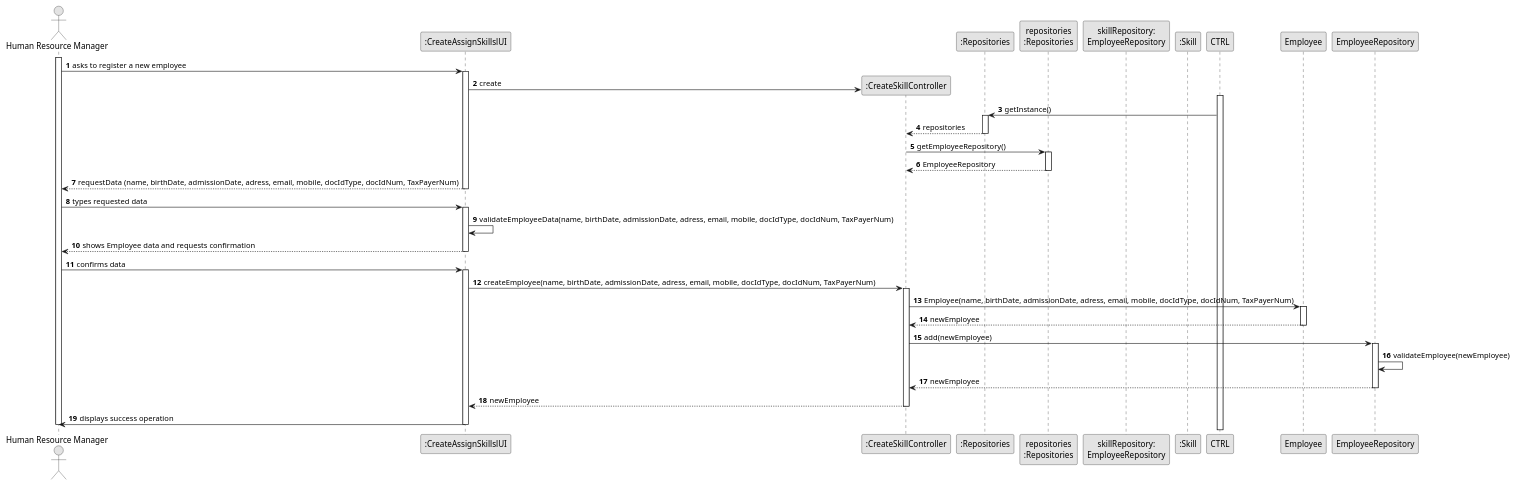
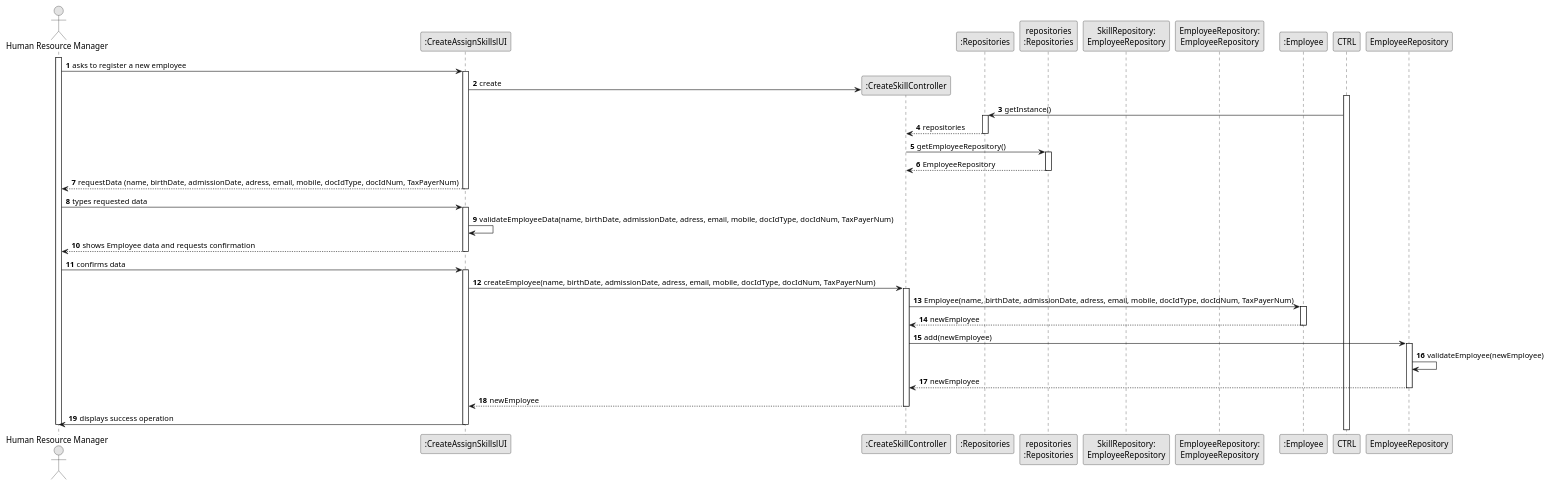
The diagram in docs/sprintB/us04/03.design/puml/us006-sequence-diagram-full.puml (Paulo-Pereira-at-ISEP/lei-24-s2-1nanb-g321), drawn with PlantUML before and after one commit. The commit also changed 1 other file, not shown here.

```diff
--- a/docs/sprintB/us04/03.design/puml/us006-sequence-diagram-full.puml
+++ b/docs/sprintB/us04/03.design/puml/us006-sequence-diagram-full.puml
@@ -1,108 +1,109 @@
 @startuml
 skinparam monochrome true
 skinparam packageStyle rectangle
 skinparam shadowing false
 
 autonumber
 
 'hide footbox
 
 actor "Human Resource Manager" as HRM
 participant ":CreateAssignSkillslUI" as UI
 participant ":CreateSkillController" as controller
 participant ":Repositories" as singleton
 
 
 
 participant "repositories\n:Repositories" as rep
 
 
-participant "skillRepository:\nEmployeeRepository" as skillRep
-participant ":Skill" as SKILL
+participant "SkillRepository:\nEmployeeRepository" as skillRep
+participant "EmployeeRepository:\nEmployeeRepository" as employeeRep
+participant ":Employee" as Employee
 
 activate HRM
 
         HRM -> UI : asks to register a new employee
 
         activate UI
             'create CTRL
             UI -> controller** : create
 
             activate CTRL
 
                 CTRL -> singleton : getInstance()
 
                 activate singleton
 
                     singleton --> controller : repositories
 
                 deactivate singleton
 
                 controller -> rep : getEmployeeRepository()
 
                 activate rep
 
                     rep --> controller : EmployeeRepository
 
                 deactivate rep
 
             deactivate controller
 
 
             'requests the HRM to input data
             UI --> HRM : requestData (name, birthDate, admissionDate, adress, email, mobile, docIdType, docIdNum, TaxPayerNum)
         deactivate UI
 
         HRM -> UI : types requested data
 
         activate UI
 
             UI -> UI : validateEmployeeData(name, birthDate, admissionDate, adress, email, mobile, docIdType, docIdNum, TaxPayerNum)
 
 
             deactivate controller
 
             UI --> HRM : shows Employee data and requests confirmation
 
         deactivate UI
 
             HRM -> UI : confirms data
 
         activate UI
 
             UI -> controller : createEmployee(name, birthDate, admissionDate, adress, email, mobile, docIdType, docIdNum, TaxPayerNum)
 
             activate controller
 
 
                 controller -> Employee : Employee(name, birthDate, admissionDate, adress, email, mobile, docIdType, docIdNum, TaxPayerNum)
 
                 activate Employee
 
                 Employee --> controller : newEmployee
 
                 deactivate Employee
 
                 controller -> EmployeeRepository : add(newEmployee)
 
                 activate EmployeeRepository
 
                     EmployeeRepository -> EmployeeRepository : validateEmployee(newEmployee)
 
 
                     EmployeeRepository --> controller : newEmployee
 
                 deactivate EmployeeRepository
 
             controller --> UI : newEmployee
 
 
         deactivate controller
 
         UI -> HRM : displays success operation
 
     deactivate UI
 
 deactivate HRM
 
 @enduml
```
